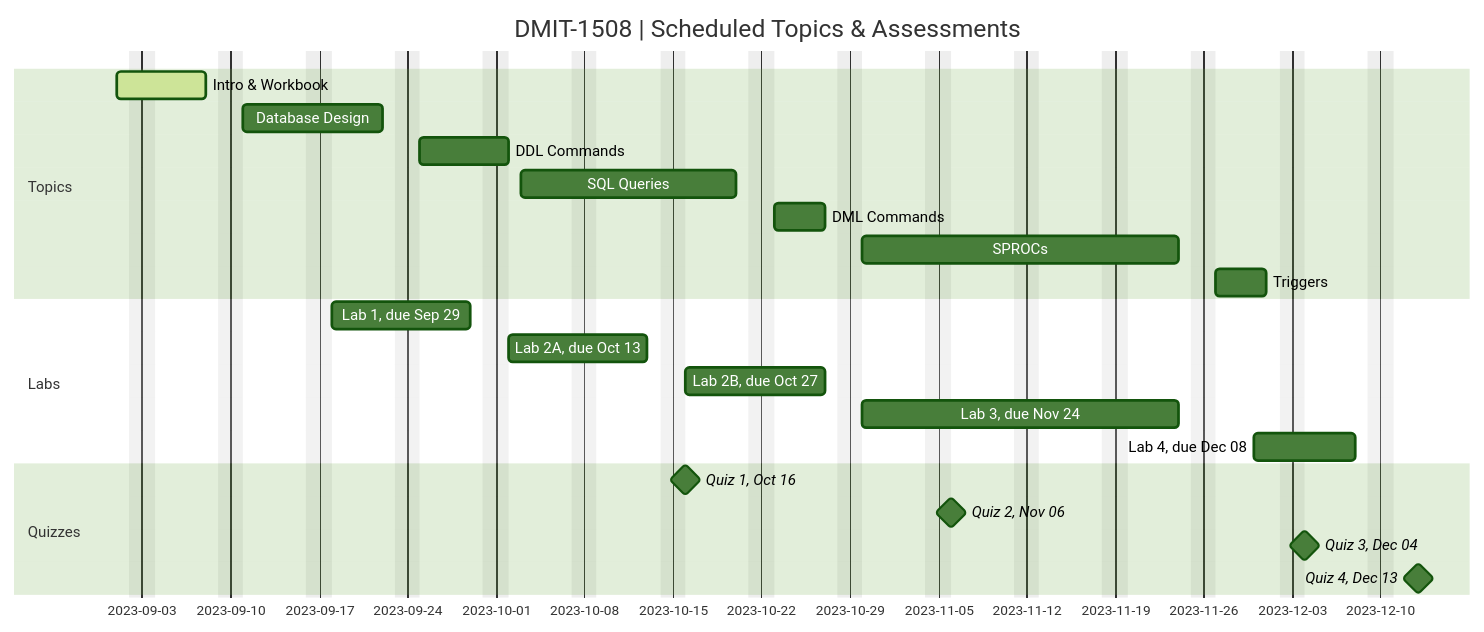
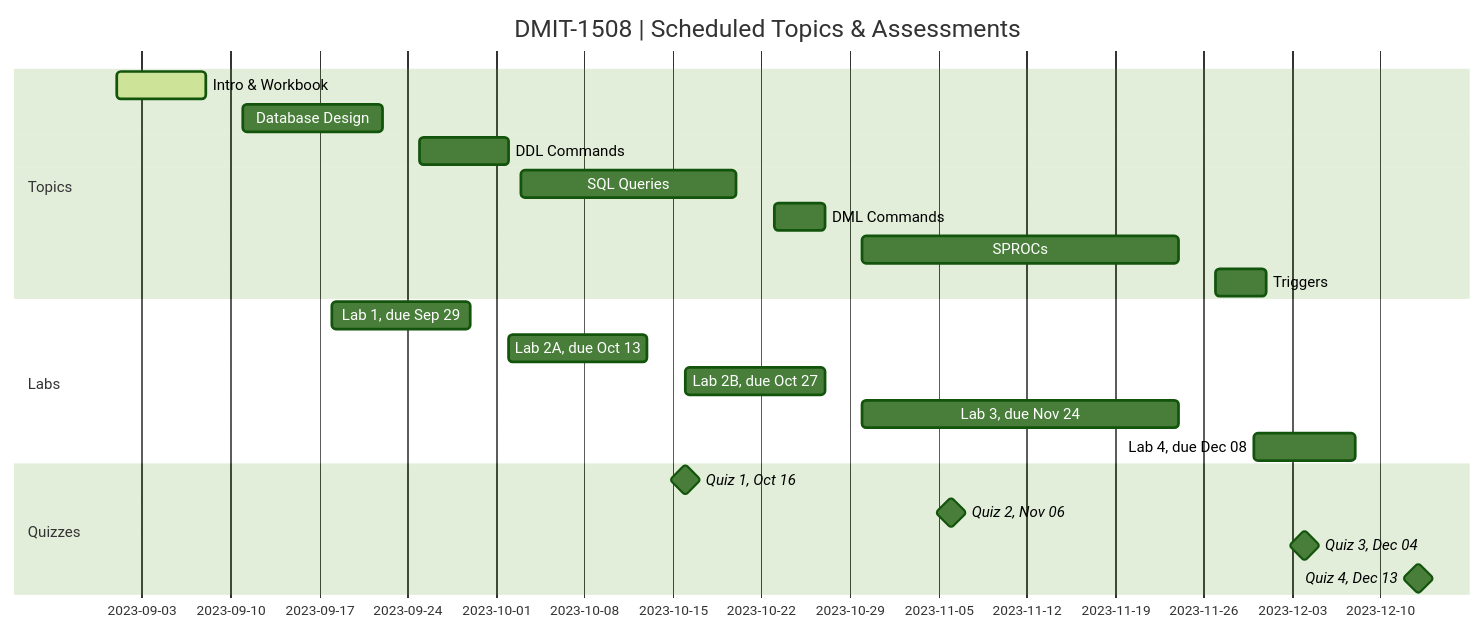
Before and after one commit to DMIT-1508/DMIT-1508-Workbook-A04-dgilleland: the diagram in Agenda.md, drawn with Mermaid (forest theme).

````diff
--- a/Agenda.md
+++ b/Agenda.md
@@ -7,33 +7,33 @@
 ```mermaid
 gantt
     dateFormat  YYYY-MM-DD
     title       DMIT-1508 | Scheduled Topics & Assessments
-    excludes    weekends
+    %% excludes    weekends
     %% (`excludes` accepts specific dates in YYYY-MM-DD format, days of the week ("sunday") or "weekends", but not the word "weekdays".)
 
     section Topics
     %% done - for finished tasks
     %% active - for current tasks
     %% crit - for red outline/background
     Intro & Workbook          :active,  part0, 2023-09-01, 2023-09-08
     Database Design           :         part1, 2023-09-11, 2023-09-22
     DDL Commands              :         part2, 2023-09-25, 2023-10-02
     SQL Queries               :         part3, 2023-10-03, 2023-10-20
     DML Commands              :         part4, 2023-10-23, 2023-10-27
     SPROCs                    :         part5, 2023-10-30, 2023-11-24
     Triggers                  :         part6, 2023-11-27, 2023-12-01
 
     section Labs
     Lab 1, due Sep 29  :     2023-09-18, 2023-09-29
     Lab 2A, due Oct 13 :     2023-10-02, 2023-10-13
     Lab 2B, due Oct 27 :     2023-10-16, 2023-10-27
     Lab 3, due Nov 24  :     2023-10-30, 2023-11-24
     Lab 4, due Dec 08  :     2023-11-30, 2023-12-08
 
     section Quizzes
     Quiz 1, Oct 16 :milestone, 2023-10-16, 0d
     Quiz 2, Nov 06 :milestone, 2023-11-06, 0d
     Quiz 3, Dec 04 :milestone, 2023-12-04, 0d
     Quiz 4, Dec 13 :milestone, 2023-12-13, 0d
 
 ```
````
